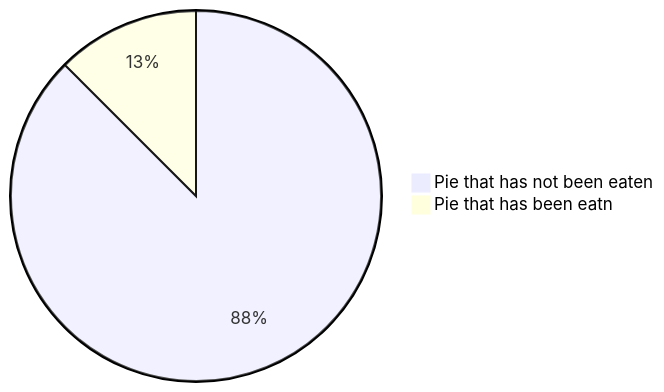
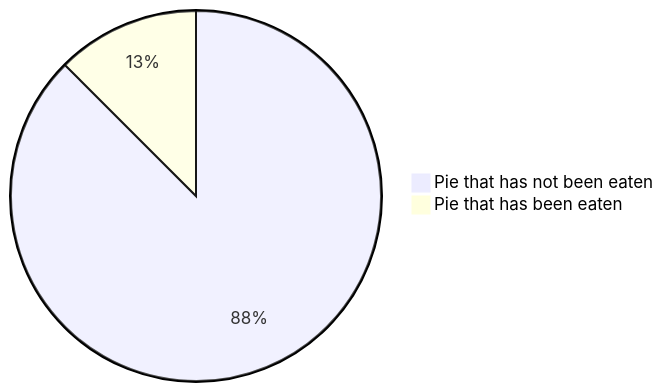
Before and after one commit to discoposse/mermaid-diagrams: the diagram in pie.MD, drawn with Mermaid.

````diff
--- a/pie.MD
+++ b/pie.MD
@@ -1,5 +1,5 @@
 ```mermaid
 pie
 "Pie that has not been eaten" : 350
-"Pie that has been eatn" : 50
+"Pie that has been eaten" : 50
 ```
````
